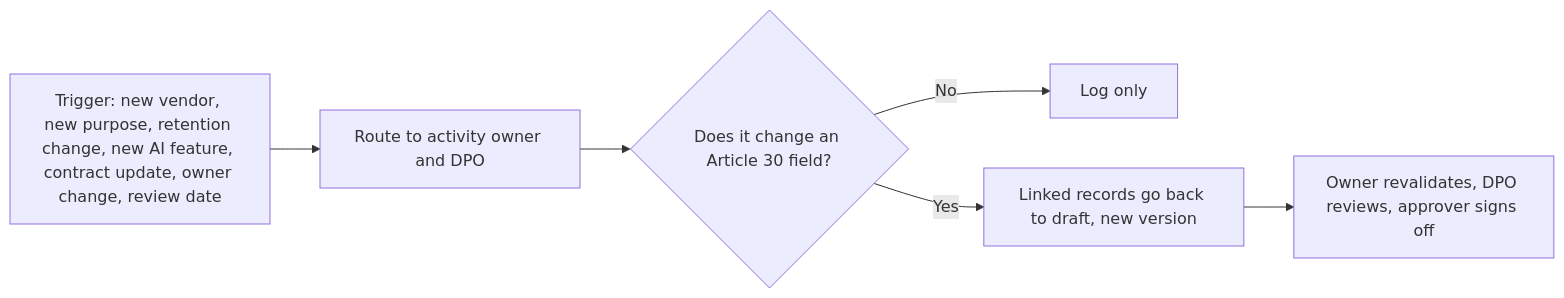
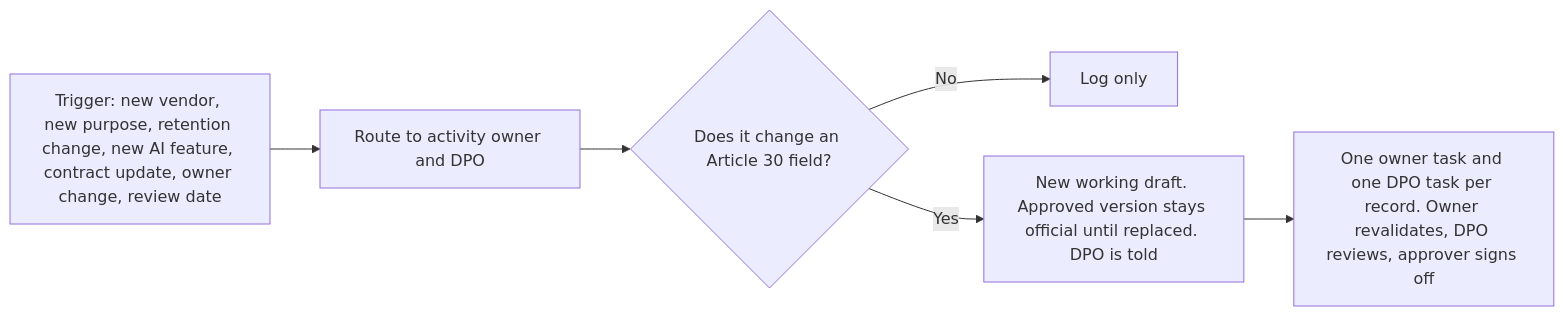
One commit to arunmaz0304/ropa-workspace changed the fifth of 5 diagrams in docs/workflow-map.md. Above: the diagram before and after it, drawn with Mermaid. The commit also changed other lines of this file and 2 other files, not shown here.

Commit message:
Decide the seven open workflow-spec questions and update diagrams
System moves records to draft on a material change, approved version stays official until replaced, versions belong to approved versions, metadata edits are not versioned, owner-stated status added, settings-change trigger added, DPO told of every material change. One task per record per cycle.

Claude-Session: https://claude.ai/code/session_01WD4YDcsMQBxktVGEUmcB7h

````diff
--- a/docs/workflow-map.md
+++ b/docs/workflow-map.md
@@ -73,8 +75,8 @@
 ```mermaid
 flowchart LR
     T["Trigger: new vendor, new purpose, retention change, new AI feature, contract update, owner change, review date"] --> R["Route to activity owner and DPO"]
     R --> M{"Does it change an Article 30 field?"}
     M -- No --> N["Log only"]
-    M -- Yes --> Q["Linked records go back to draft, new version"]
-    Q --> V["Owner revalidates, DPO reviews, approver signs off"]
+    M -- Yes --> Q["New working draft. Approved version stays official until replaced. DPO is told"]
+    Q --> V["One owner task and one DPO task per record. Owner revalidates, DPO reviews, approver signs off"]
 ```
````
